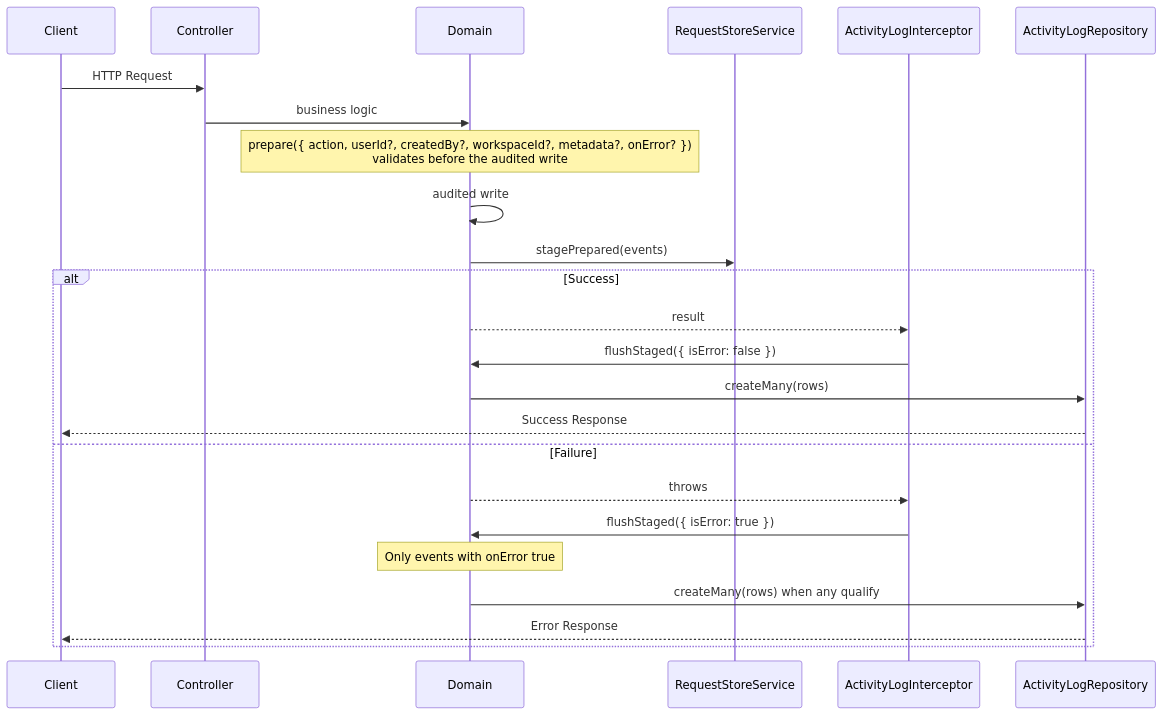
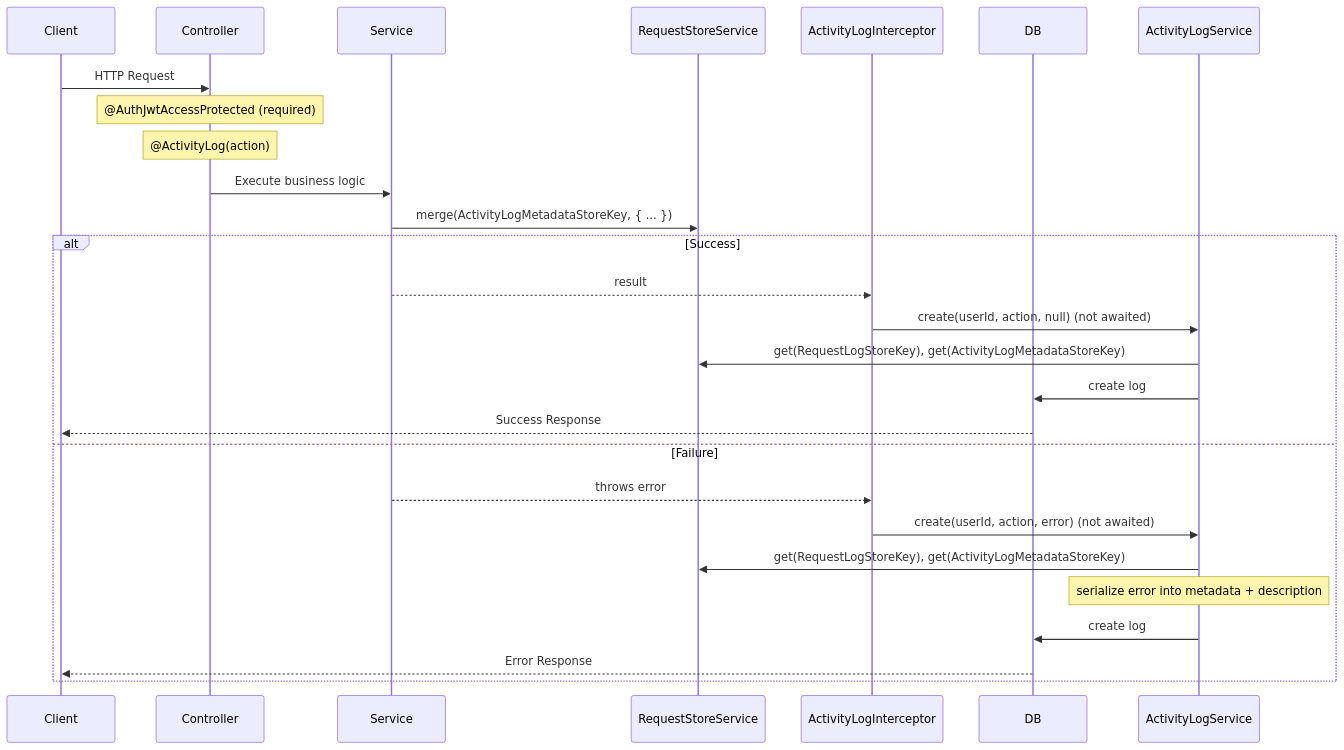
The diagram in docs/activity-log.md (andrechristikan/ack-nestjs-boilerplate), drawn with Mermaid before and after one commit. The commit also changed other lines of this file and 1480 other files, not shown here.

````diff
--- a/docs/activity-log.md
+++ b/docs/activity-log.md
@@ -79,27 +71,29 @@
 ```mermaid
 sequenceDiagram
     participant Client
     participant Controller
-    participant Domain
+    participant Service
     participant Storage as RequestStoreService
     participant Interceptor as ActivityLogInterceptor
-    participant Repo as ActivityLogRepository
+    participant DB
 
     Client->>Controller: HTTP Request
-    Controller->>Domain: business logic
-    Note over Domain: prepare({ action, userId?, createdBy?, workspaceId?, metadata?, onError? })<br/>validates before the audited write
-    Domain->>Domain: audited write
-    Domain->>Storage: stagePrepared(events)
+    Note over Controller: @AuthJwtAccessProtected (required)
+    Note over Controller: @ActivityLog(action)
+    Controller->>Service: Execute business logic
+    Service->>Storage: merge(ActivityLogMetadataStoreKey, { ... })
     alt Success
-        Domain-->>Interceptor: result
-        Interceptor->>Domain: flushStaged({ isError: false })
-        Domain->>Repo: createMany(rows)
-        Repo-->>Client: Success Response
+        Service-->>Interceptor: result
+        Interceptor->>ActivityLogService: create(userId, action, null) (not awaited)
+        ActivityLogService->>Storage: get(RequestLogStoreKey), get(ActivityLogMetadataStoreKey)
+        ActivityLogService->>DB: create log
+        DB-->>Client: Success Response
     else Failure
-        Domain-->>Interceptor: throws
-        Interceptor->>Domain: flushStaged({ isError: true })
-        Note over Domain: Only events with onError true
-        Domain->>Repo: createMany(rows) when any qualify
-        Repo-->>Client: Error Response
+        Service-->>Interceptor: throws error
+        Interceptor->>ActivityLogService: create(userId, action, error) (not awaited)
+        ActivityLogService->>Storage: get(RequestLogStoreKey), get(ActivityLogMetadataStoreKey)
+        Note over ActivityLogService: serialize error into metadata + description
+        ActivityLogService->>DB: create log
+        DB-->>Client: Error Response
     end
 ```
````
